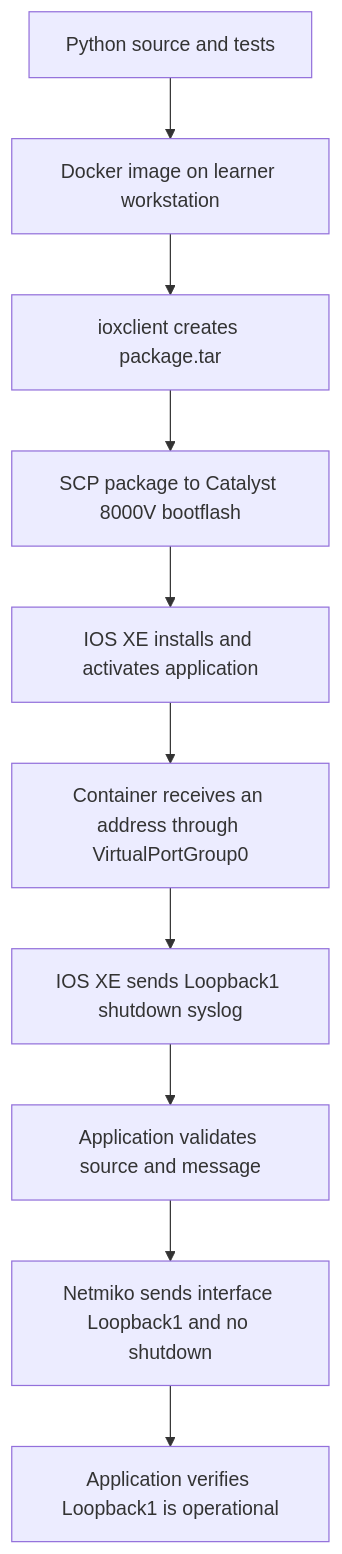
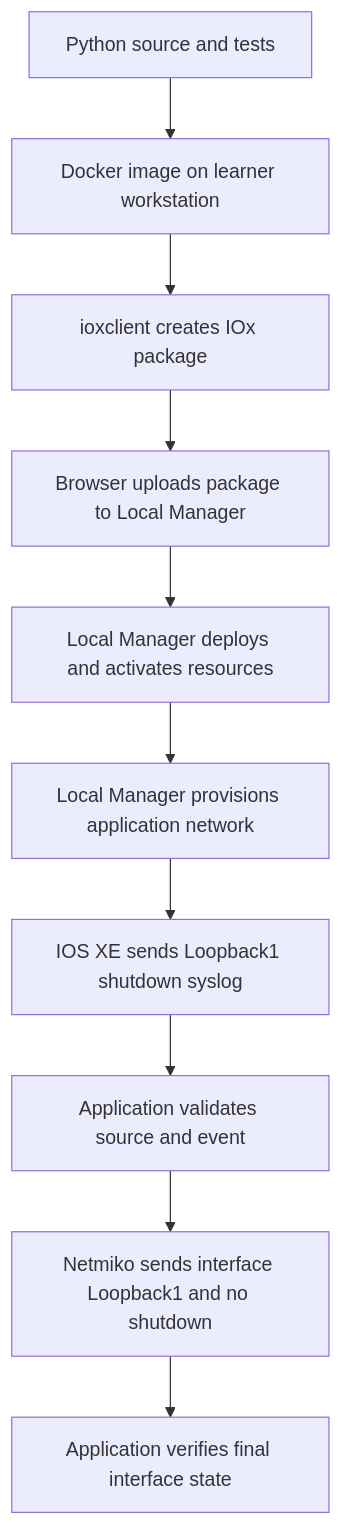
Before and after one commit to tanthanh85/CCNPAUTO: the diagram in LAB/Lab15/Lab15.md, drawn with Mermaid. The commit also changed other lines of this file and 2 other files, not shown here.

````diff
--- a/LAB/Lab15/Lab15.md
+++ b/LAB/Lab15/Lab15.md
@@ -27,12 +32,12 @@
 ```mermaid
 flowchart TD
     A["Python source and tests"] --> B["Docker image on learner workstation"]
-    B --> C["ioxclient creates package.tar"]
-    C --> D["SCP package to Catalyst 8000V bootflash"]
-    D --> E["IOS XE installs and activates application"]
-    E --> F["Container receives an address through VirtualPortGroup0"]
+    B --> C["ioxclient creates IOx package"]
+    C --> D["Browser uploads package to Local Manager"]
+    D --> E["Local Manager deploys and activates resources"]
+    E --> F["Local Manager provisions application network"]
     F --> G["IOS XE sends Loopback1 shutdown syslog"]
-    G --> H["Application validates source and message"]
+    G --> H["Application validates source and event"]
     H --> I["Netmiko sends interface Loopback1 and no shutdown"]
-    I --> J["Application verifies Loopback1 is operational"]
+    I --> J["Application verifies final interface state"]
 ```
````
